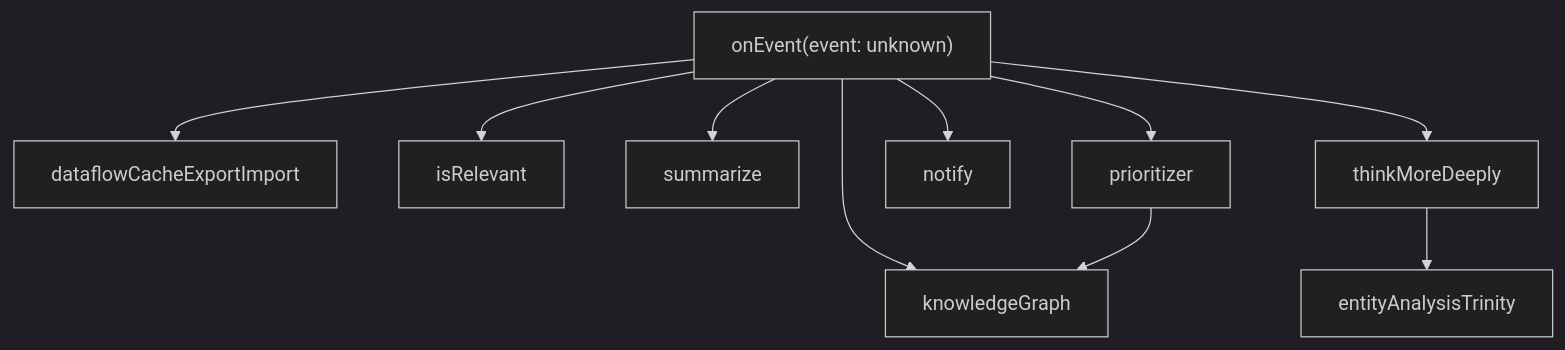
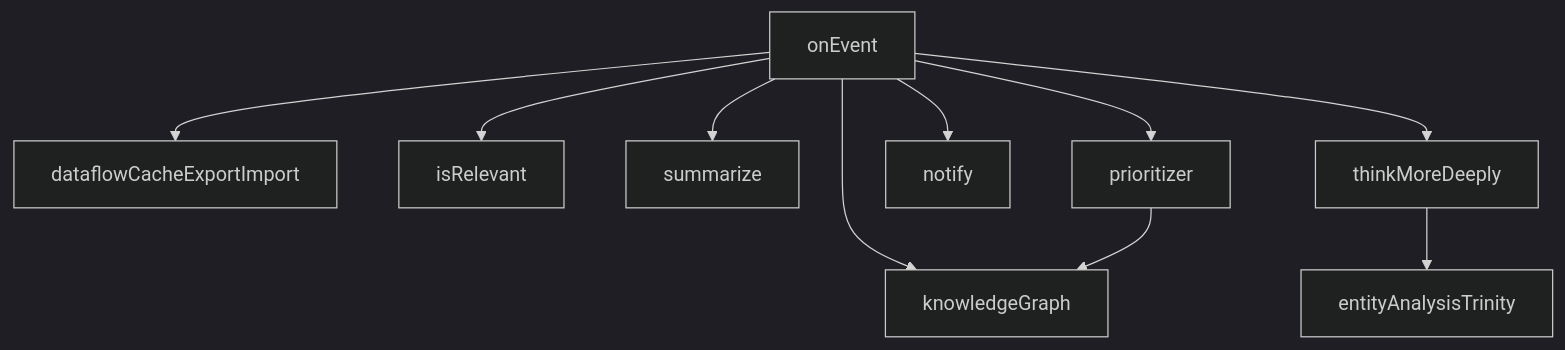
The sixth of 9 diagrams in ARCHITECTURE_REPORT.md (publicdomainrelay/open-architecture), drawn with Mermaid (dark theme) before and after one commit. The commit also changed other lines of this file and 4 other files, not shown here.

````diff
--- a/ARCHITECTURE_REPORT.md
+++ b/ARCHITECTURE_REPORT.md
@@ -310,13 +333,12 @@
 ```mermaid
 graph TD
-  onEvent["onEvent(event: unknown)"]
-  onEvent --> kg[knowledgeGraph]
-  onEvent --> dcei[dataflowCacheExportImport]
-  onEvent --> ir[isRelevant]
-  onEvent --> sum[summarize]
-  onEvent --> pri[prioritizer]
-  onEvent --> notif[notify]
-  onEvent --> tmd[thinkMoreDeeply]
-  pri --> kg
-  tmd --> entityAnalysisTrinity
+  onEvent --> knowledgeGraph
+  onEvent --> dataflowCacheExportImport
+  onEvent --> isRelevant
+  onEvent --> summarize
+  onEvent --> prioritizer
+  prioritizer --> knowledgeGraph
+  onEvent --> notify
+  onEvent --> thinkMoreDeeply
+  thinkMoreDeeply --> entityAnalysisTrinity
 ```
````
